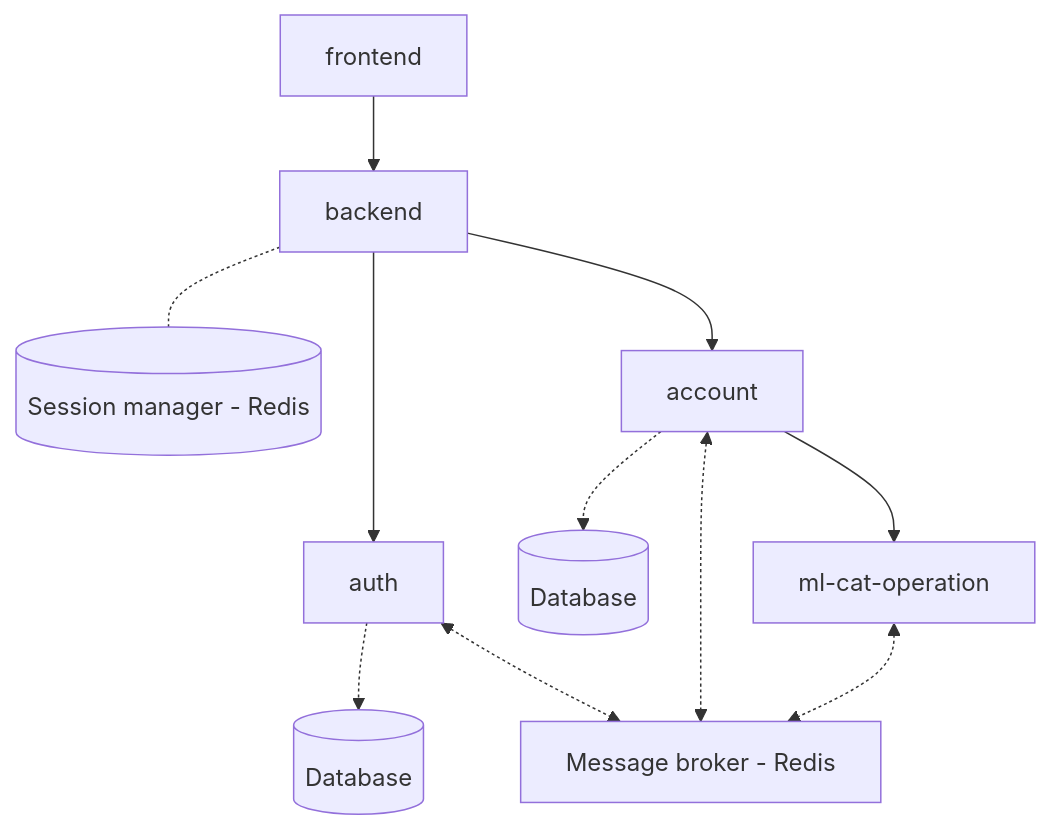
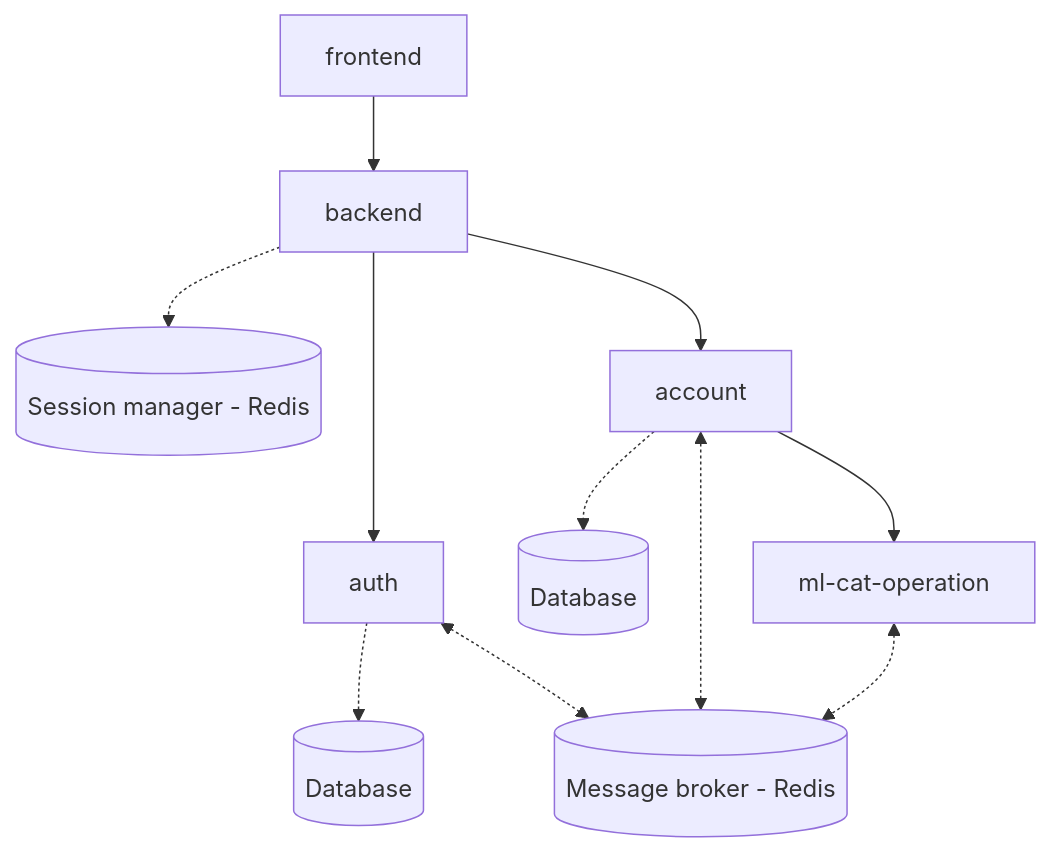
One commit to AgRenaud/tirelire changed the diagram in README.md. Above: the diagram before and after it, drawn with Mermaid.

````diff
--- a/README.md
+++ b/README.md
@@ -41,23 +41,23 @@
 ```mermaid
 flowchart TB
 
     ml_1[ml-cat-operation]
     session_manager[(Session manager - Redis)]
     db_1[(Database)]
     db_2[(Database)]
-    broker[Message broker - Redis]
+    broker[(Message broker - Redis)]
 
     account --> ml_1
     backend --> auth
-    backend -.- session_manager
+    backend -.-> session_manager
     backend --> account
     frontend --> backend
     
     
     auth -.-> db_1
     account -.-> db_2
 
     auth <-.-> broker
     account <-.-> broker
     ml_1 <-.-> broker
 ```
````
